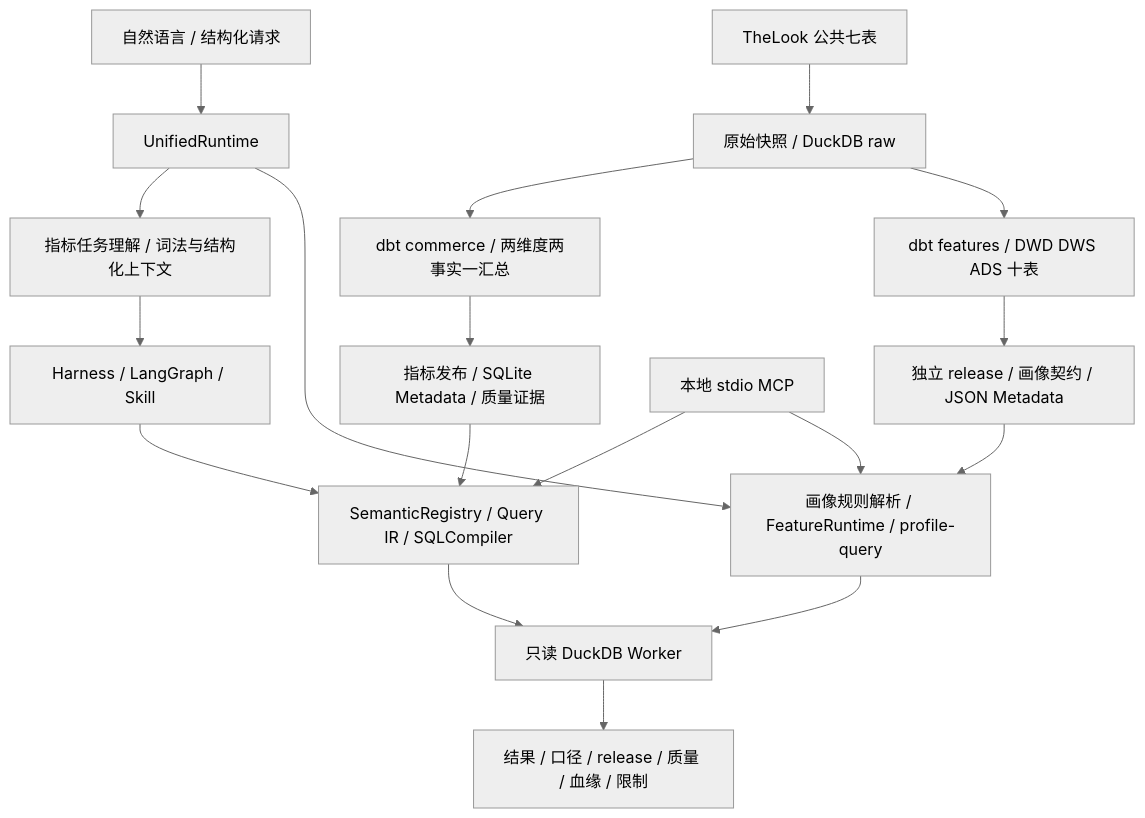
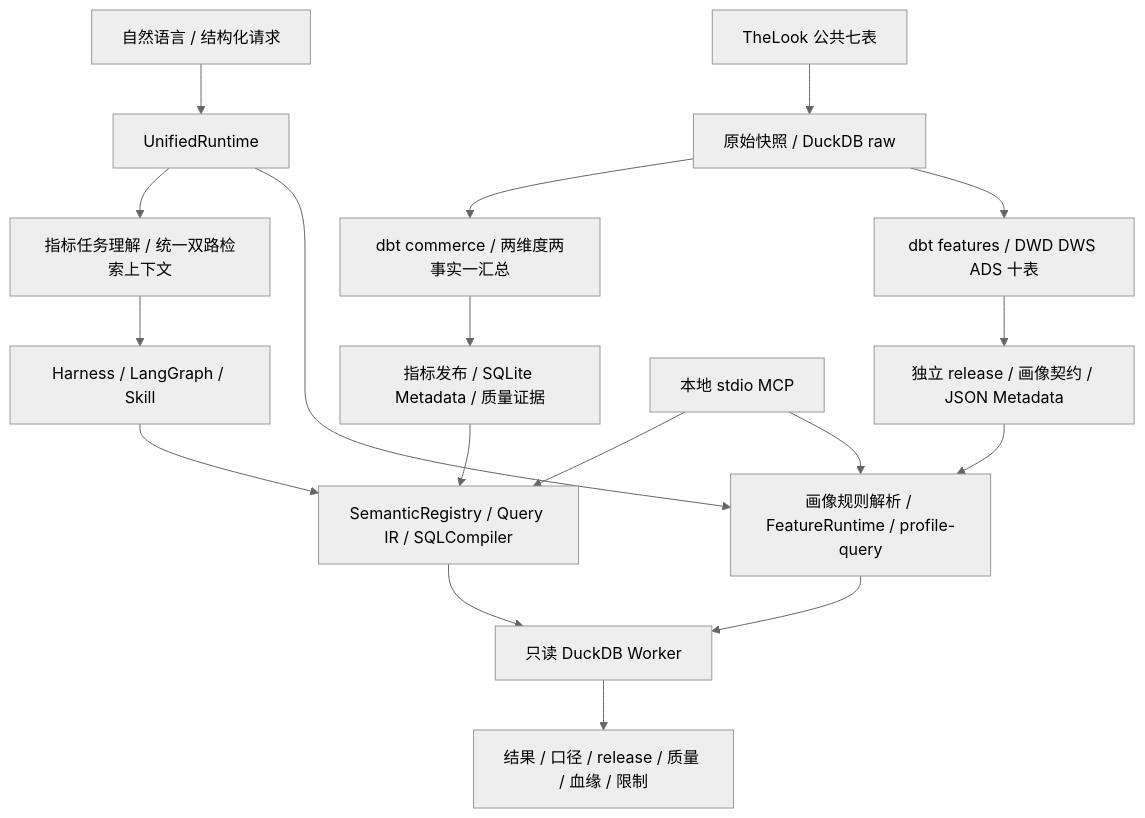
One commit to Nidhogg-maker/MyAgent changed the diagram in README.md. Above: the diagram before and after it, drawn with Mermaid (neutral theme). The commit also changed other lines of this file and 20 other files, not shown here.

````diff
--- a/README.md
+++ b/README.md
@@ -21,20 +25,20 @@
 ```mermaid
 flowchart TD
   A[TheLook 公共七表] --> B[原始快照 / DuckDB raw]
   B --> C[dbt commerce / 两维度两事实一汇总]
   C --> D[指标发布 / SQLite Metadata / 质量证据]
   B --> E[dbt features / DWD DWS ADS 十表]
   E --> F[独立 release / 画像契约 / JSON Metadata]
   U[自然语言 / 结构化请求] --> R[UnifiedRuntime]
-  R --> T[指标任务理解 / 词法与结构化上下文]
+  R --> T[指标任务理解 / 统一双路检索上下文]
   T --> H[Harness / LangGraph / Skill]
   H --> S[SemanticRegistry / Query IR / SQLCompiler]
   S --> W[只读 DuckDB Worker]
   D --> S
   R --> P[画像规则解析 / FeatureRuntime / profile-query]
   F --> P
   P --> W
   W --> O[结果 / 口径 / release / 质量 / 血缘 / 限制]
   M[本地 stdio MCP] --> S
   M --> P
 ```
````
